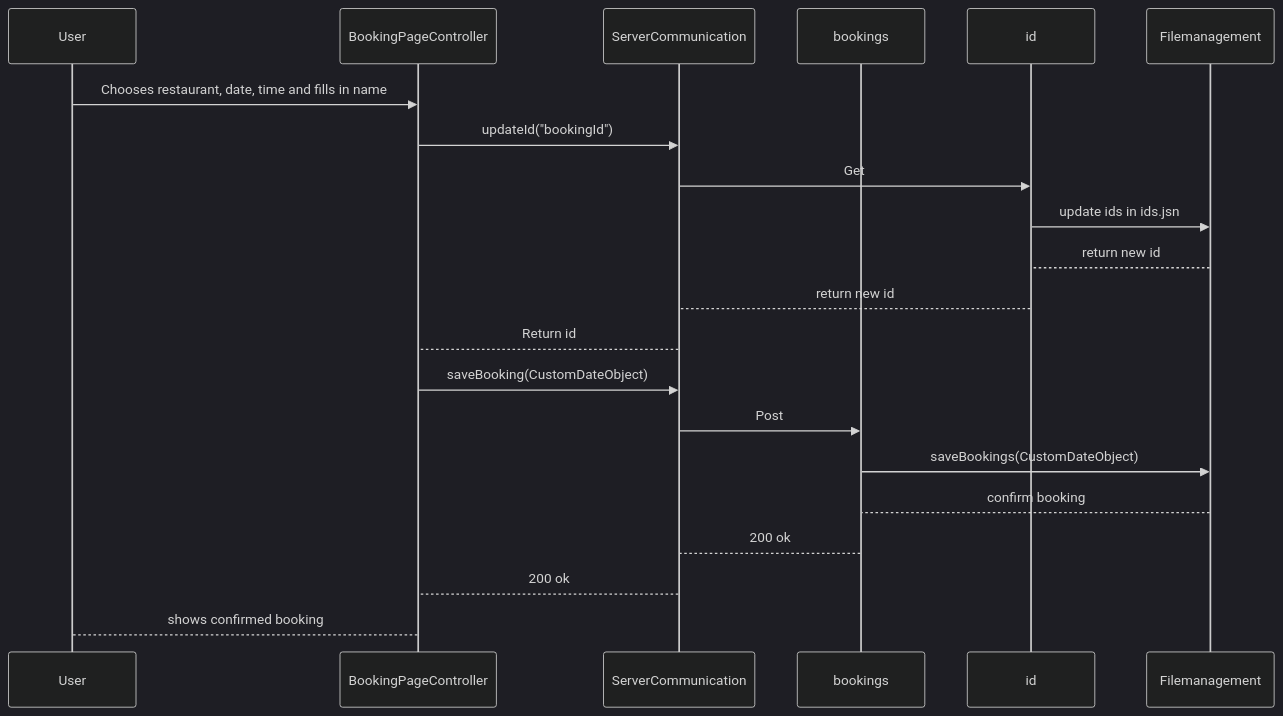
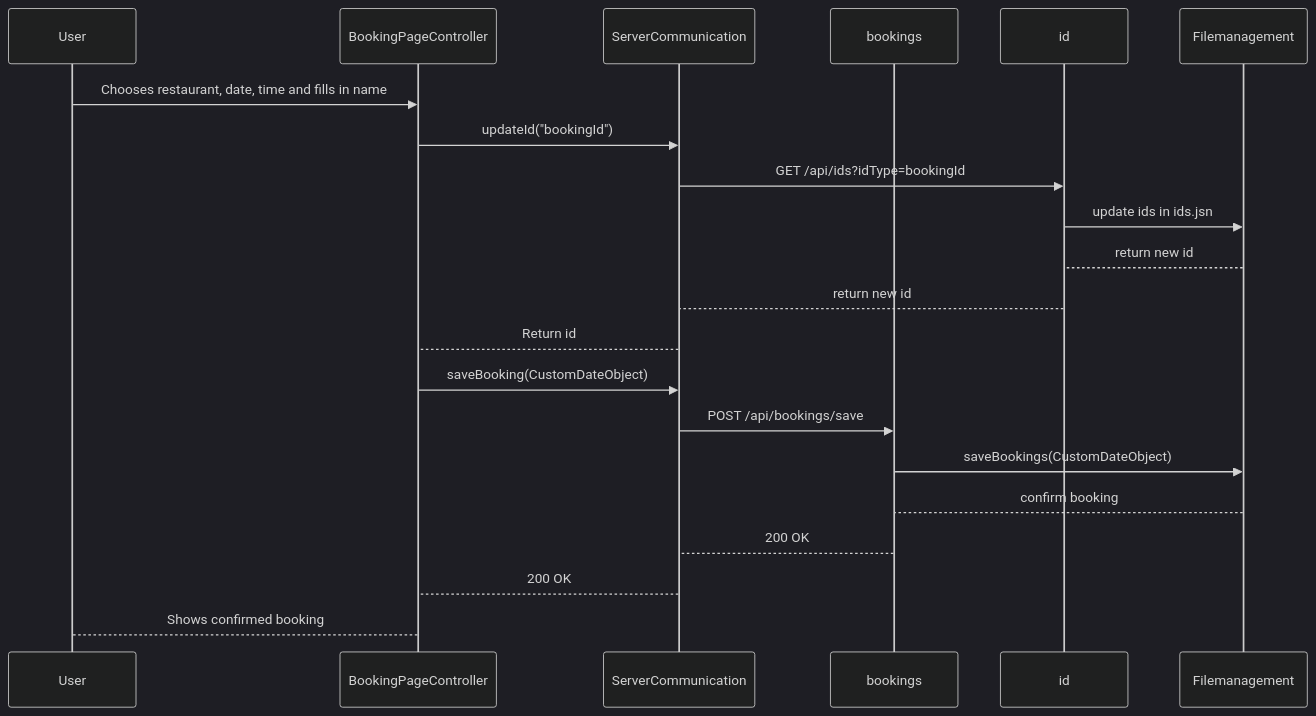
The diagram in Sequence-diagram.md (marsun02/IT1901_Booking_Manager), drawn with Mermaid (dark theme) before and after one commit.

Commit message:
docs: :memo: Added correct names to api calls #197

````diff
--- a/Sequence-diagram.md
+++ b/Sequence-diagram.md
@@ -1,26 +1,26 @@
 ```mermaid 
 
 sequenceDiagram
     participant User
     participant BookingPageController
     participant ServerCommunication
     participant bookings
     participant id
     participant Filemanagement
 
     User->>BookingPageController: Chooses restaurant, date, time and fills in name
     BookingPageController->>ServerCommunication: updateId("bookingId")
-    ServerCommunication->>id:Get
+    ServerCommunication->>id: GET /api/ids?idType=bookingId
     id->>Filemanagement: update ids in ids.jsn
     Filemanagement-->id: return new id
     id-->ServerCommunication: return new id
     ServerCommunication-->BookingPageController: Return id
     BookingPageController->>ServerCommunication: saveBooking(CustomDateObject)
-    ServerCommunication->>bookings: Post
+    ServerCommunication->>bookings: POST /api/bookings/save
     bookings->>Filemanagement: saveBookings(CustomDateObject)
     Filemanagement-->bookings: confirm booking
-    bookings-->ServerCommunication: 200 ok
-    ServerCommunication-->BookingPageController: 200 ok
-    BookingPageController-->User: shows confirmed booking
+    bookings-->ServerCommunication: 200 OK
+    ServerCommunication-->BookingPageController: 200 OK
+    BookingPageController-->User: Shows confirmed booking
     
 ```
````
